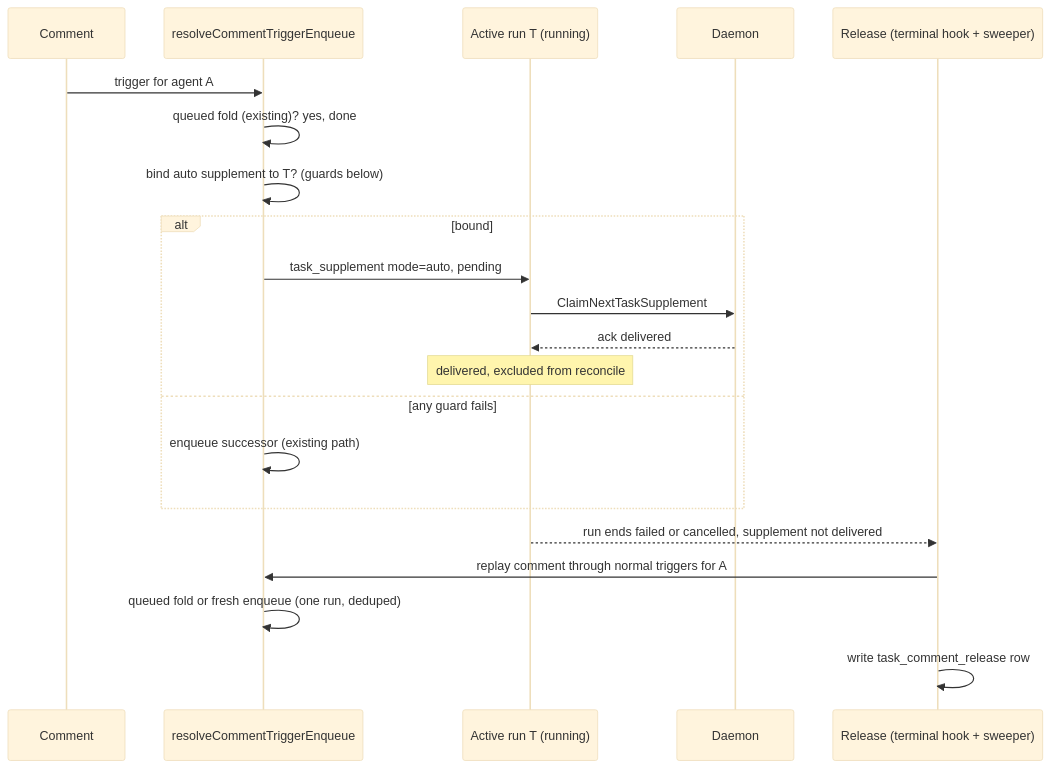
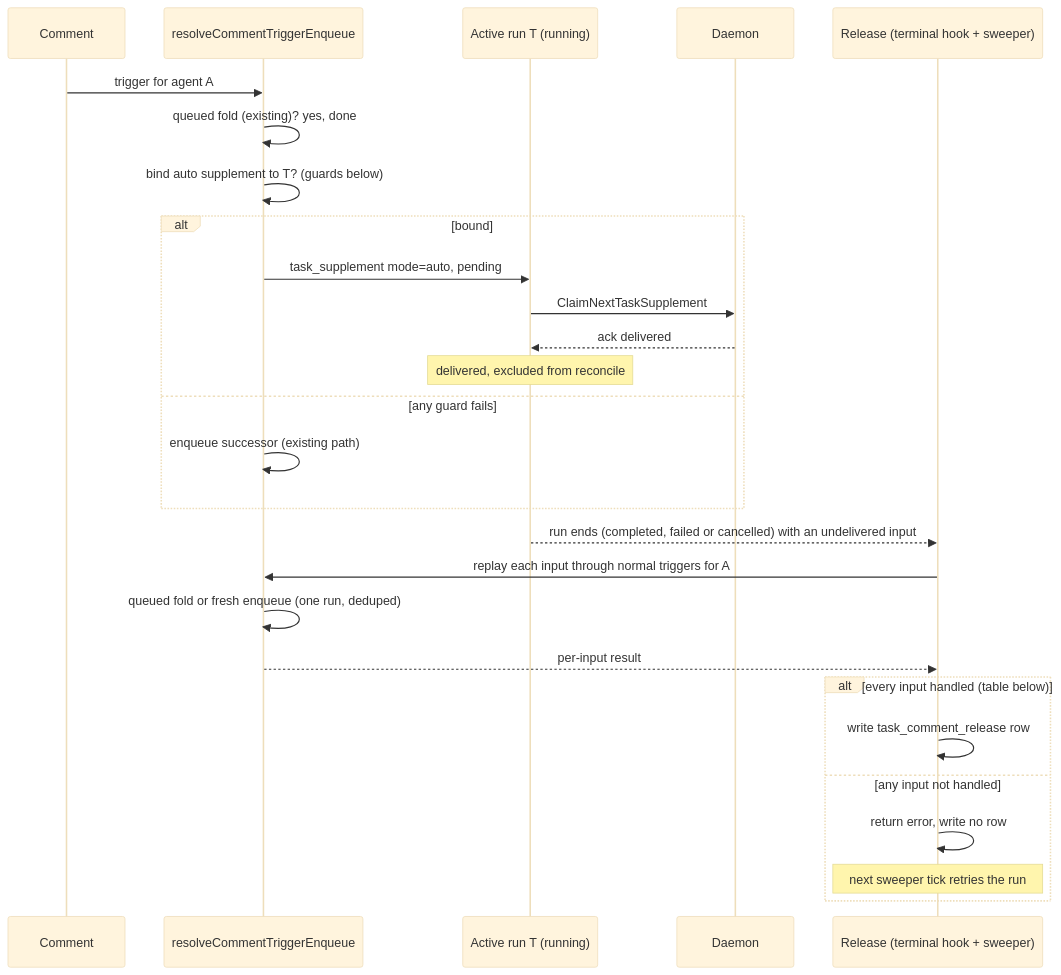
One commit to cheese-work/multica changed the diagram in docs/engineering/active-run-comment-fold.md. Above: the diagram before and after it, drawn with Mermaid (base theme). The commit also changed other lines of this file, not shown here.

Commit message:
docs(triggers): write the release row only after every input is handled (CHE-1442)

````diff
--- a/docs/engineering/active-run-comment-fold.md
+++ b/docs/engineering/active-run-comment-fold.md
@@ -34,23 +37,29 @@
 ```mermaid
 sequenceDiagram
     participant C as Comment
     participant R as resolveCommentTriggerEnqueue
     participant T as Active run T (running)
     participant D as Daemon
     participant X as Release (terminal hook + sweeper)
     C->>R: trigger for agent A
     R->>R: queued fold (existing)? yes, done
     R->>R: bind auto supplement to T? (guards below)
     alt bound
         R->>T: task_supplement mode=auto, pending
         T->>D: ClaimNextTaskSupplement
         D-->>T: ack delivered
         Note over T: delivered, excluded from reconcile
     else any guard fails
         R->>R: enqueue successor (existing path)
     end
-    T-->>X: run ends failed or cancelled, supplement not delivered
-    X->>R: replay comment through normal triggers for A
+    T-->>X: run ends (completed, failed or cancelled) with an undelivered input
+    X->>R: replay each input through normal triggers for A
     R->>R: queued fold or fresh enqueue (one run, deduped)
-    X->>X: write task_comment_release row
+    R-->>X: per-input result
+    alt every input handled (table below)
+        X->>X: write task_comment_release row
+    else any input not handled
+        X->>X: return error, write no row
+        Note over X: next sweeper tick retries the run
+    end
 ```
````
